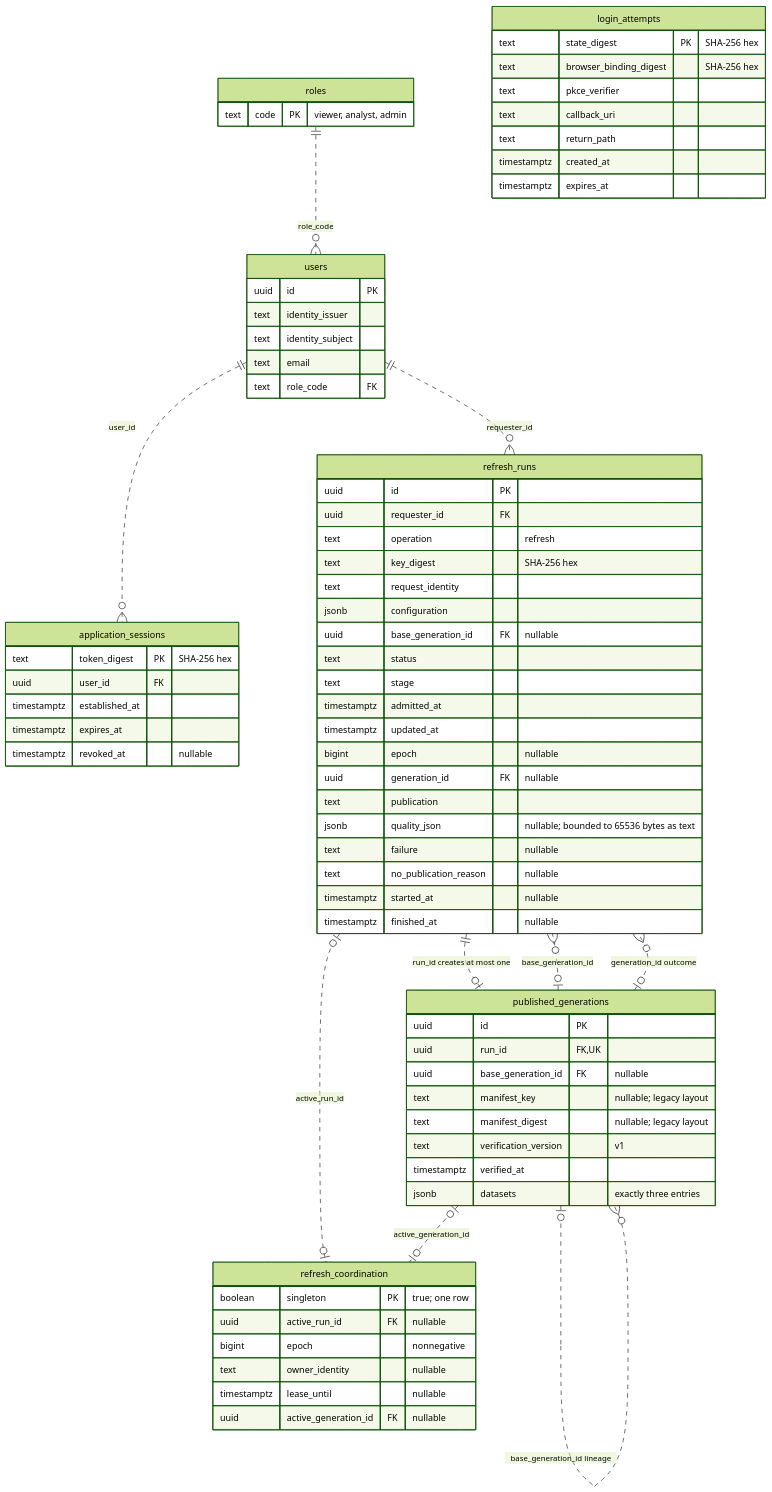
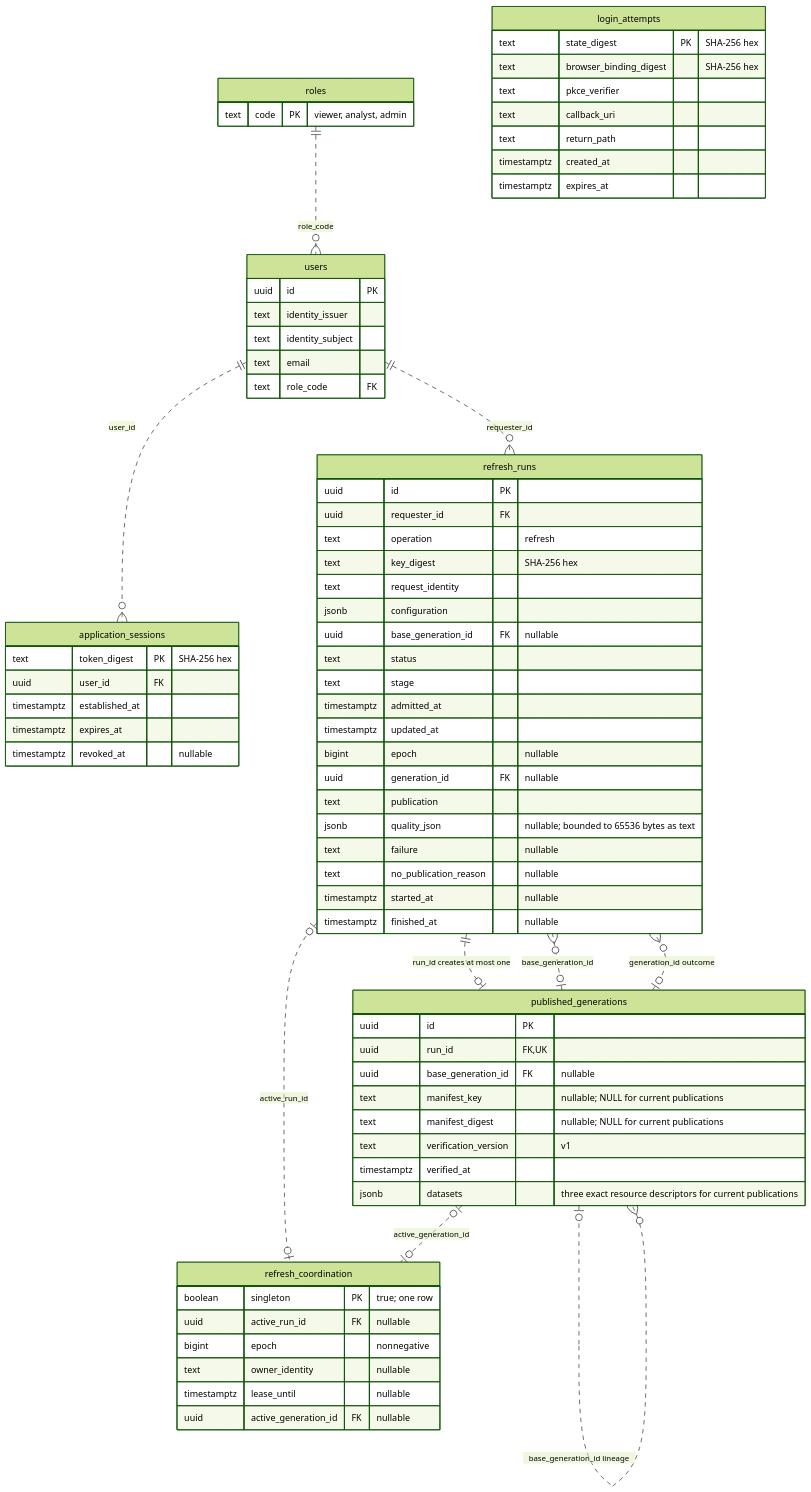
One commit to PedroEdu6786/outage-explorer changed the second of 2 diagrams in docs/context/data-model.md. Above: the diagram before and after it, drawn with Mermaid (forest theme). The commit also changed other lines of this file and 1 other file, not shown here.

Commit message:
docs(model): clarify current publication layout in ER
Explain current three-resource descriptors and retained NULL manifest columns under ADR-0062. Record the documentation review in the devlog.

Verification: checked migration 0004 and the publication adapter; git diff --check passed. Runtime tests and live database checks were not run for this documentation-only change.

````diff
--- a/docs/context/data-model.md
+++ b/docs/context/data-model.md
@@ -141,77 +147,77 @@
 ```mermaid
 erDiagram
     roles {
         text code PK "viewer, analyst, admin"
     }
     users {
         uuid id PK
         text identity_issuer
         text identity_subject
         text email
         text role_code FK
     }
     application_sessions {
         text token_digest PK "SHA-256 hex"
         uuid user_id FK
         timestamptz established_at
         timestamptz expires_at
         timestamptz revoked_at "nullable"
     }
     login_attempts {
         text state_digest PK "SHA-256 hex"
         text browser_binding_digest "SHA-256 hex"
         text pkce_verifier
         text callback_uri
         text return_path
         timestamptz created_at
         timestamptz expires_at
     }
     refresh_runs {
         uuid id PK
         uuid requester_id FK
         text operation "refresh"
         text key_digest "SHA-256 hex"
         text request_identity
         jsonb configuration
         uuid base_generation_id FK "nullable"
         text status
         text stage
         timestamptz admitted_at
         timestamptz updated_at
         bigint epoch "nullable"
         uuid generation_id FK "nullable"
         text publication
         jsonb quality_json "nullable; bounded to 65536 bytes as text"
         text failure "nullable"
         text no_publication_reason "nullable"
         timestamptz started_at "nullable"
         timestamptz finished_at "nullable"
     }
     published_generations {
         uuid id PK
         uuid run_id FK, UK
         uuid base_generation_id FK "nullable"
-        text manifest_key "nullable; legacy layout"
-        text manifest_digest "nullable; legacy layout"
+        text manifest_key "nullable; NULL for current publications"
+        text manifest_digest "nullable; NULL for current publications"
         text verification_version "v1"
         timestamptz verified_at
-        jsonb datasets "exactly three entries"
+        jsonb datasets "three exact resource descriptors for current publications"
     }
     refresh_coordination {
         boolean singleton PK "true; one row"
         uuid active_run_id FK "nullable"
         bigint epoch "nonnegative"
         text owner_identity "nullable"
         timestamptz lease_until "nullable"
         uuid active_generation_id FK "nullable"
     }
     roles ||..o{ users : "role_code"
     users ||..o{ application_sessions : "user_id"
     users ||..o{ refresh_runs : "requester_id"
     refresh_runs ||..o| published_generations : "run_id creates at most one"
     published_generations |o..o{ refresh_runs : "base_generation_id"
     published_generations |o..o{ refresh_runs : "generation_id outcome"
     published_generations |o..o{ published_generations : "base_generation_id lineage"
     refresh_runs |o..o| refresh_coordination : "active_run_id"
     published_generations |o..o| refresh_coordination : "active_generation_id"
 ```
````
